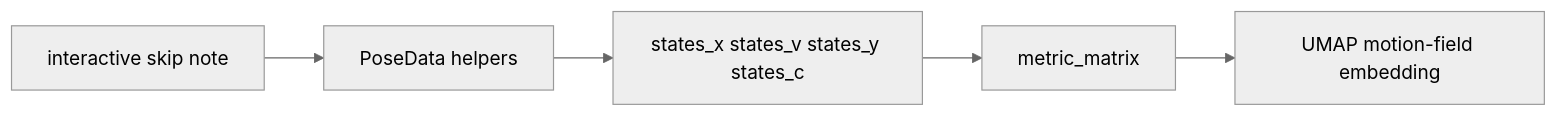
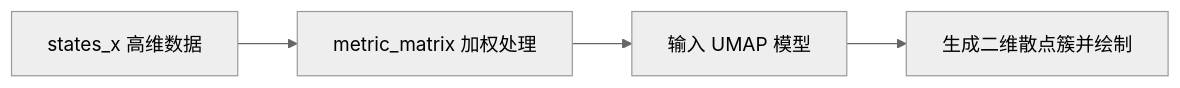
The fifth of 9 diagrams in docs/blog/AnimationPapers/motion_fields_for_interactive_character_animation/README.md (EvihGraphics/AnimationTech-HTC), drawn with Mermaid (neutral theme) before and after one commit. The commit also changed other lines of this file and 17 other files, not shown here.

Commit message:
docs(blog): standardize AnimationPapers and Theory with modular mermaid flows and media assets

````diff
--- a/docs/blog/AnimationPapers/motion_fields_for_interactive_character_animation/README.md
+++ b/docs/blog/AnimationPapers/motion_fields_for_interactive_character_animation/README.md
@@ -68,7 +110,6 @@
 ```mermaid
 flowchart LR
-    N[interactive skip note] --> P[PoseData helpers]
-    P --> S[states_x states_v states_y states_c]
-    S --> M[metric_matrix]
-    M --> U[UMAP motion-field embedding]
+    A[states_x 高维数据] --> B[metric_matrix 加权处理]
+    B --> C[输入 UMAP 模型]
+    C --> D[生成二维散点簇并绘制]
 ```
````
